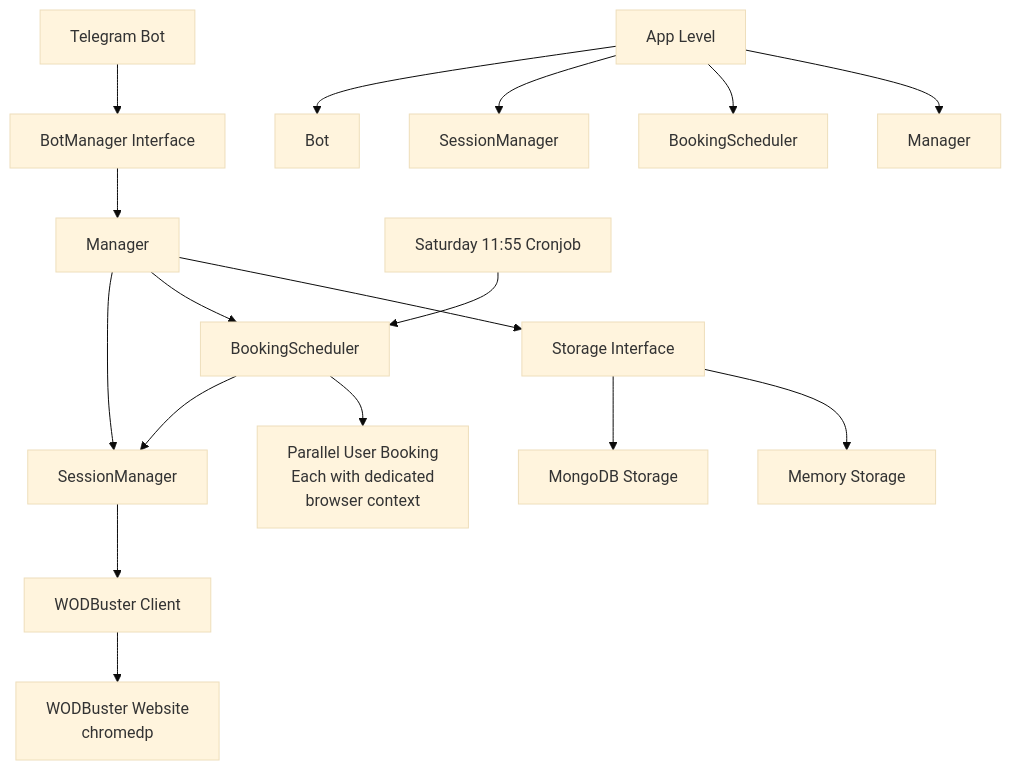
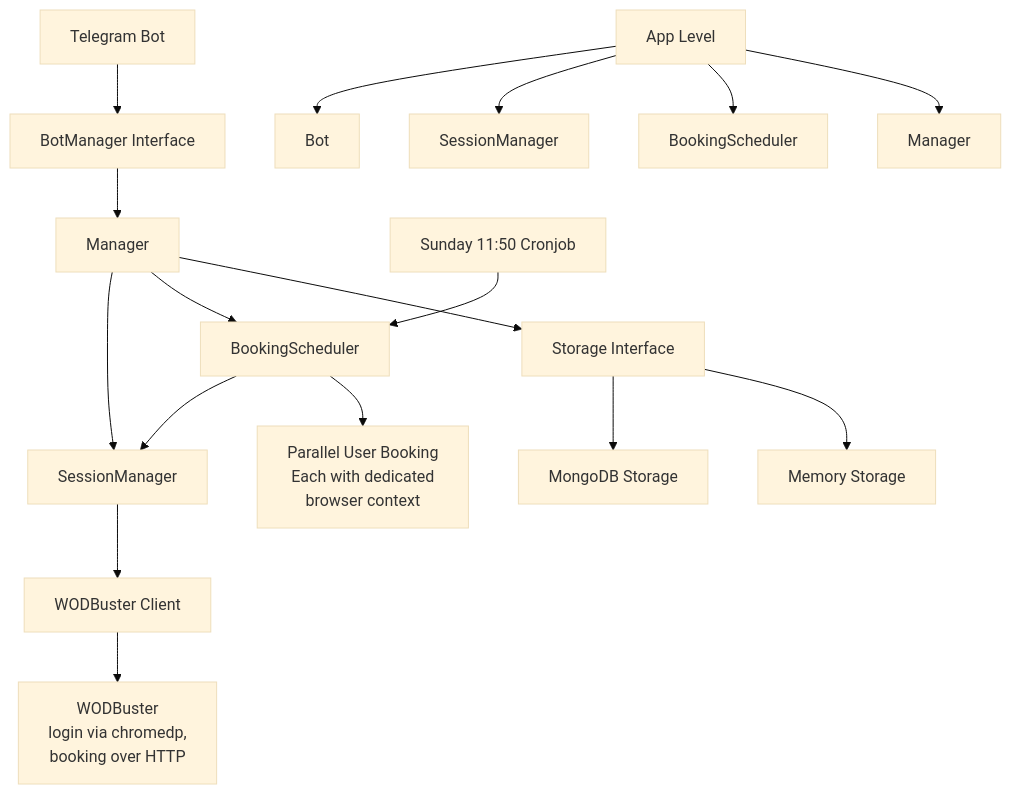
The diagram in README.md (MihaiLupoiu/wodbuster-bot), drawn with Mermaid (base theme) before and after one commit. The commit also changed other lines of this file and 35 other files, not shown here.

````diff
--- a/README.md
+++ b/README.md
@@ -17,23 +17,23 @@
 ```mermaid
 graph TB
     A[Telegram Bot] --> B[BotManager Interface]
     B --> C[Manager]
     C --> D[SessionManager]
     C --> E[BookingScheduler]
     C --> F[Storage Interface]
     
     D --> G[WODBuster Client]
     E --> D
     F --> H[MongoDB Storage]
     F --> I[Memory Storage]
     
-    G --> J[WODBuster Website<br/>chromedp]
+    G --> J[WODBuster<br/>login via chromedp,<br/>booking over HTTP]
     
     K[App Level] --> L[Bot]
     K --> M[SessionManager]
     K --> N[BookingScheduler]
     K --> O[Manager]
     
-    P[Saturday 11:55 Cronjob] --> E
+    P[Sunday 11:50 Cronjob] --> E
     E --> Q[Parallel User Booking<br/>Each with dedicated<br/>browser context]
 ```
````
